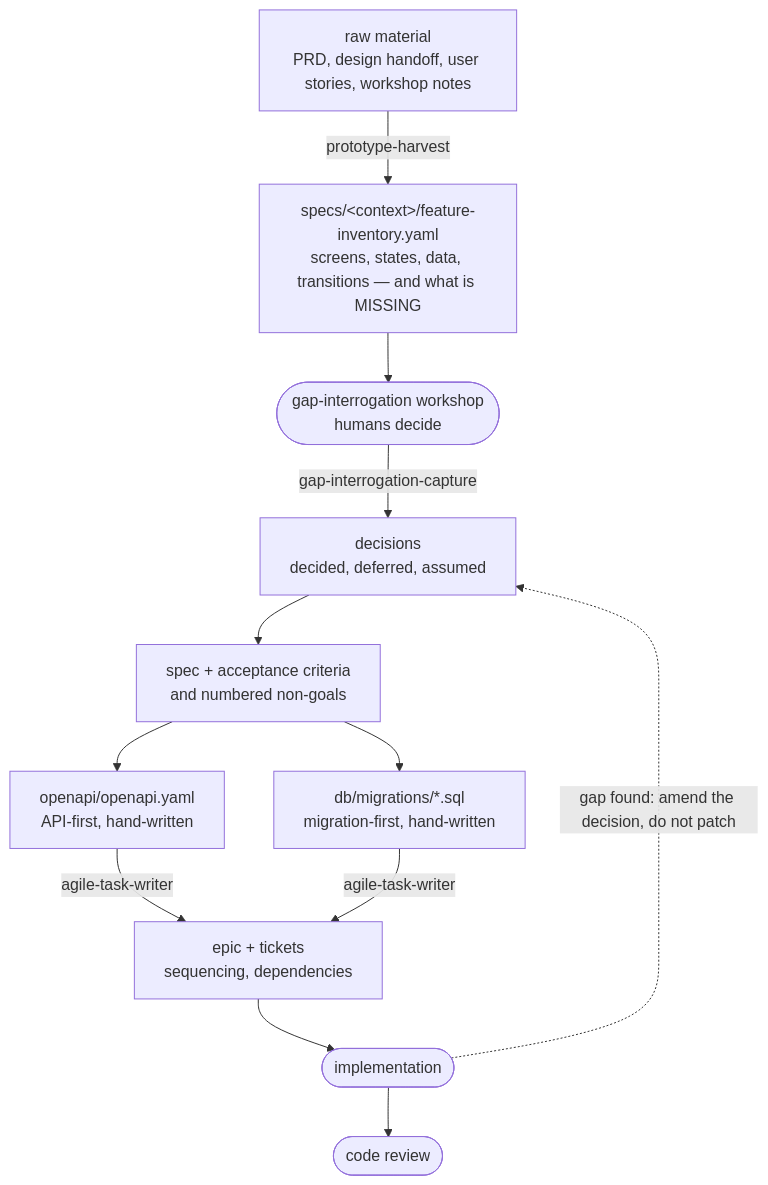
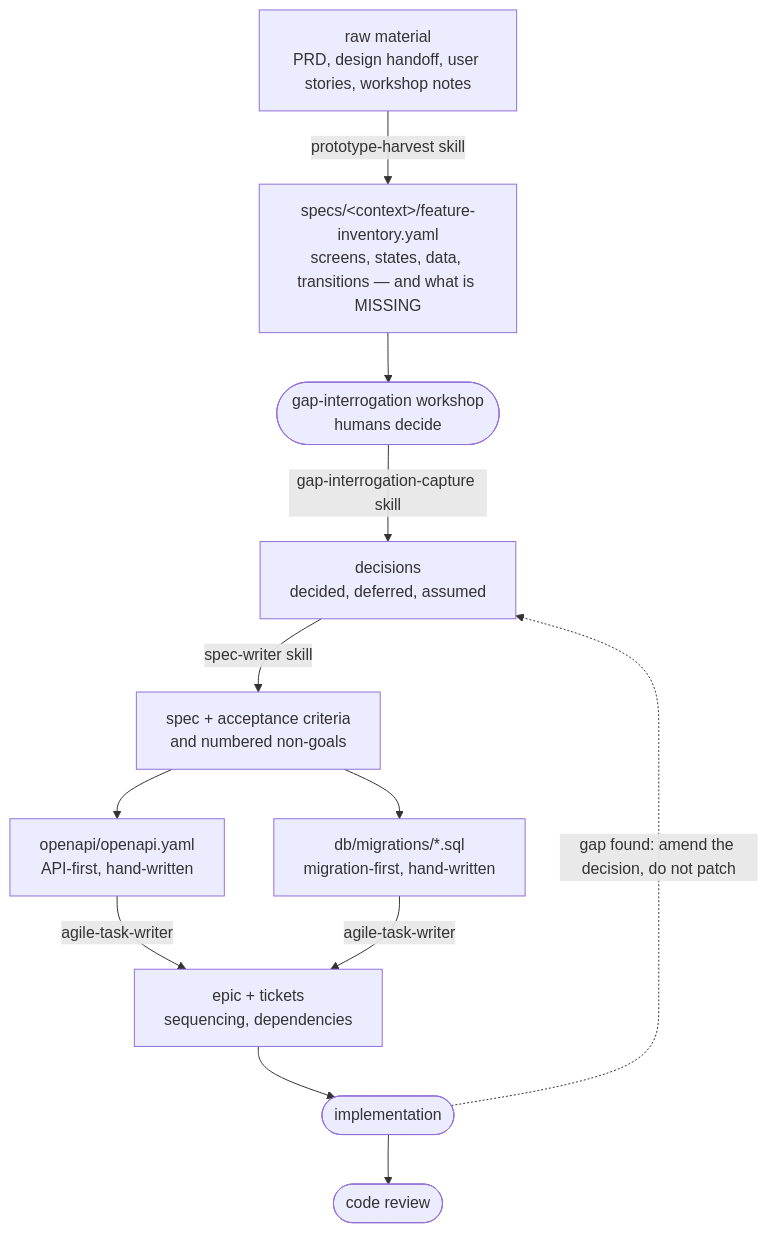
Before and after one commit to lycha/edugo-payments-service: the diagram in CONTRIBUTING.md, drawn with Mermaid. The commit also changed 71 other files, not shown here.

First line of the commit message:
Payments module: spec, contract, schema + migrations, scaffold, and implementation backlog (#3)

````diff
--- a/CONTRIBUTING.md
+++ b/CONTRIBUTING.md
@@ -68,23 +68,23 @@
 ```mermaid
 flowchart TD
     SRC["raw material<br/>PRD, design handoff, user stories, workshop notes"]
     INV["specs/&lt;context&gt;/feature-inventory.yaml<br/>screens, states, data, transitions — and what is MISSING"]
     WS(["gap-interrogation workshop<br/>humans decide"])
     DEC["decisions<br/>decided, deferred, assumed"]
     SPEC["spec + acceptance criteria<br/>and numbered non-goals"]
     API["openapi/openapi.yaml<br/>API-first, hand-written"]
     MIG["db/migrations/*.sql<br/>migration-first, hand-written"]
     TASK["epic + tickets<br/>sequencing, dependencies"]
     IMPL(["implementation"])
     CR(["code review"])
 
-    SRC -->|prototype-harvest| INV
+    SRC -->|prototype-harvest skill| INV
     INV --> WS
-    WS -->|gap-interrogation-capture| DEC
-    DEC --> SPEC
+    WS -->|gap-interrogation-capture skill| DEC
+    DEC --> |spec-writer skill| SPEC
     SPEC --> API
     SPEC --> MIG
     API & MIG -->|agile-task-writer| TASK
     TASK --> IMPL --> CR
     IMPL -.->|"gap found: amend the decision, do not patch"| DEC
 ```
````
